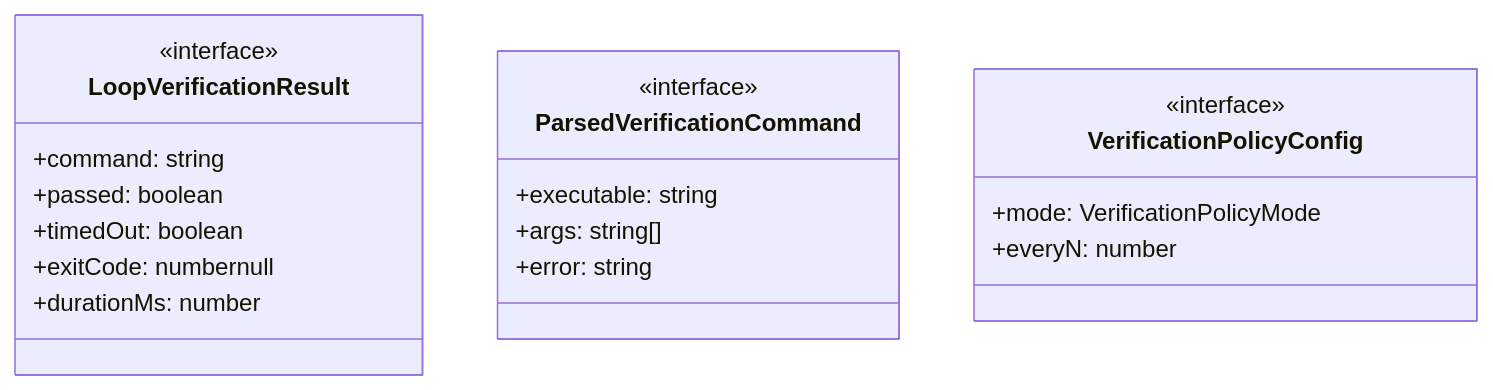
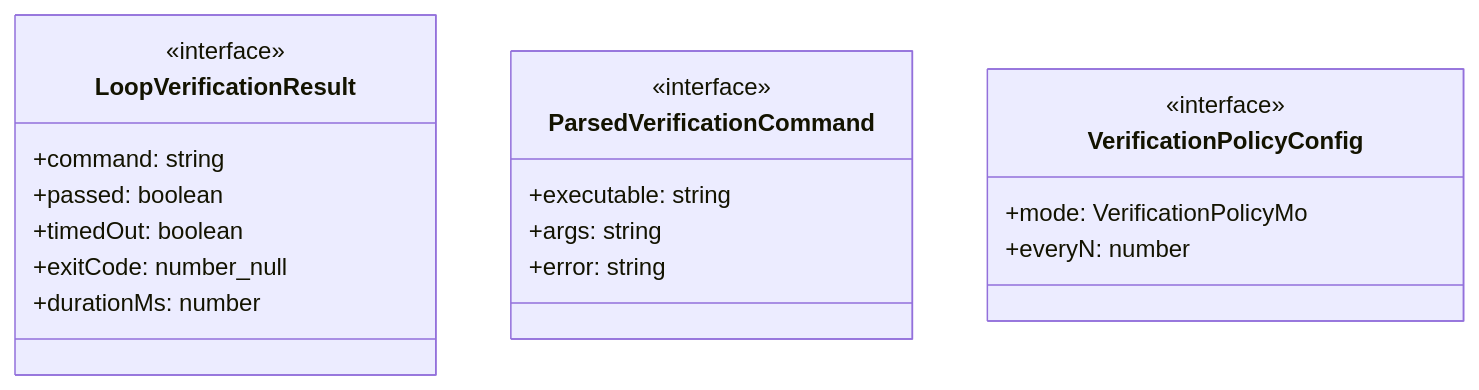
Before and after one commit to Mekann2904/mekann: the first of 4 diagrams in ABDD/.pi/extensions/loop/verification.md, drawn with Mermaid. The commit also changed other lines of this file and 174 other files, not shown here.

First line of the commit message:
fix(docs): ABDDのMermaid図生成エラーを修正する

````diff
--- a/ABDD/.pi/extensions/loop/verification.md
+++ b/ABDD/.pi/extensions/loop/verification.md
@@ -44,22 +44,22 @@
 ```mermaid
 classDiagram
   class LoopVerificationResult {
     <<interface>>
     +command: string
     +passed: boolean
     +timedOut: boolean
-    +exitCode: numbernull
+    +exitCode: number_null
     +durationMs: number
   }
   class ParsedVerificationCommand {
     <<interface>>
     +executable: string
-    +args: string[]
+    +args: string
     +error: string
   }
   class VerificationPolicyConfig {
     <<interface>>
-    +mode: VerificationPolicyMode
+    +mode: VerificationPolicyMo
     +everyN: number
   }
 ```
````
